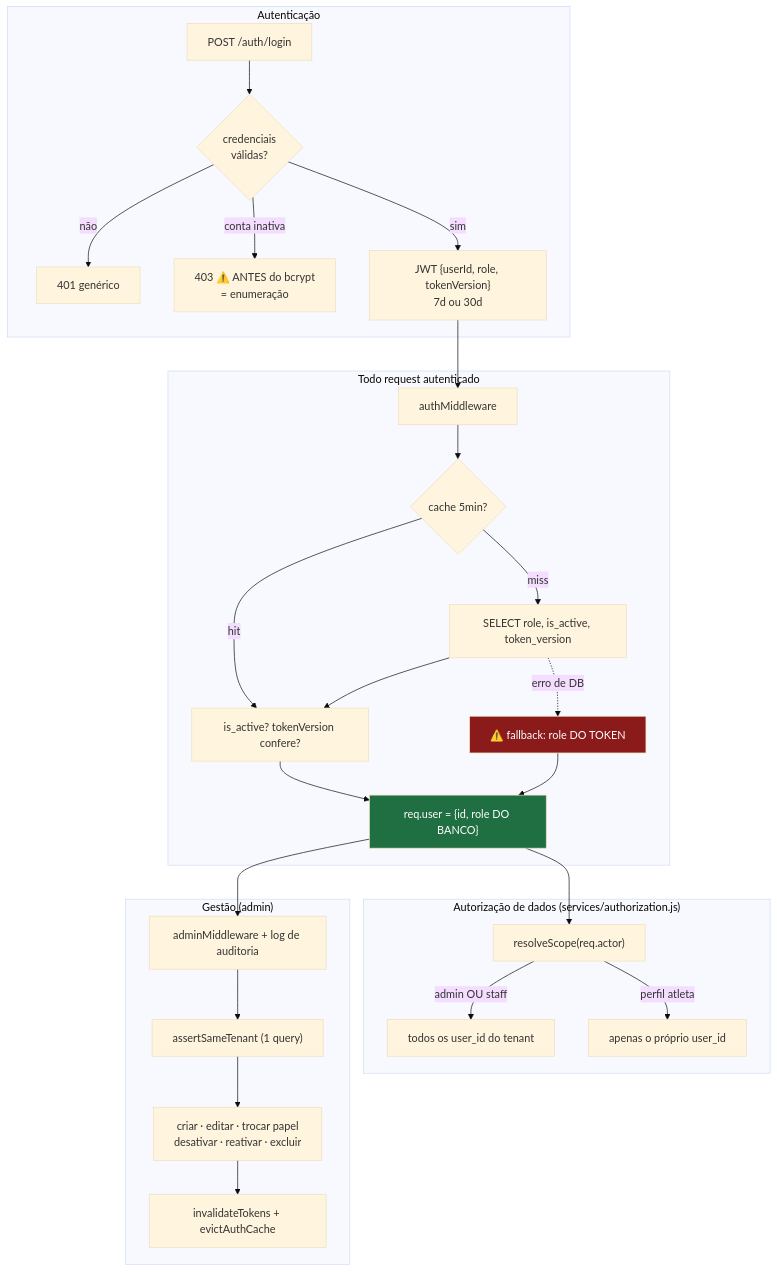
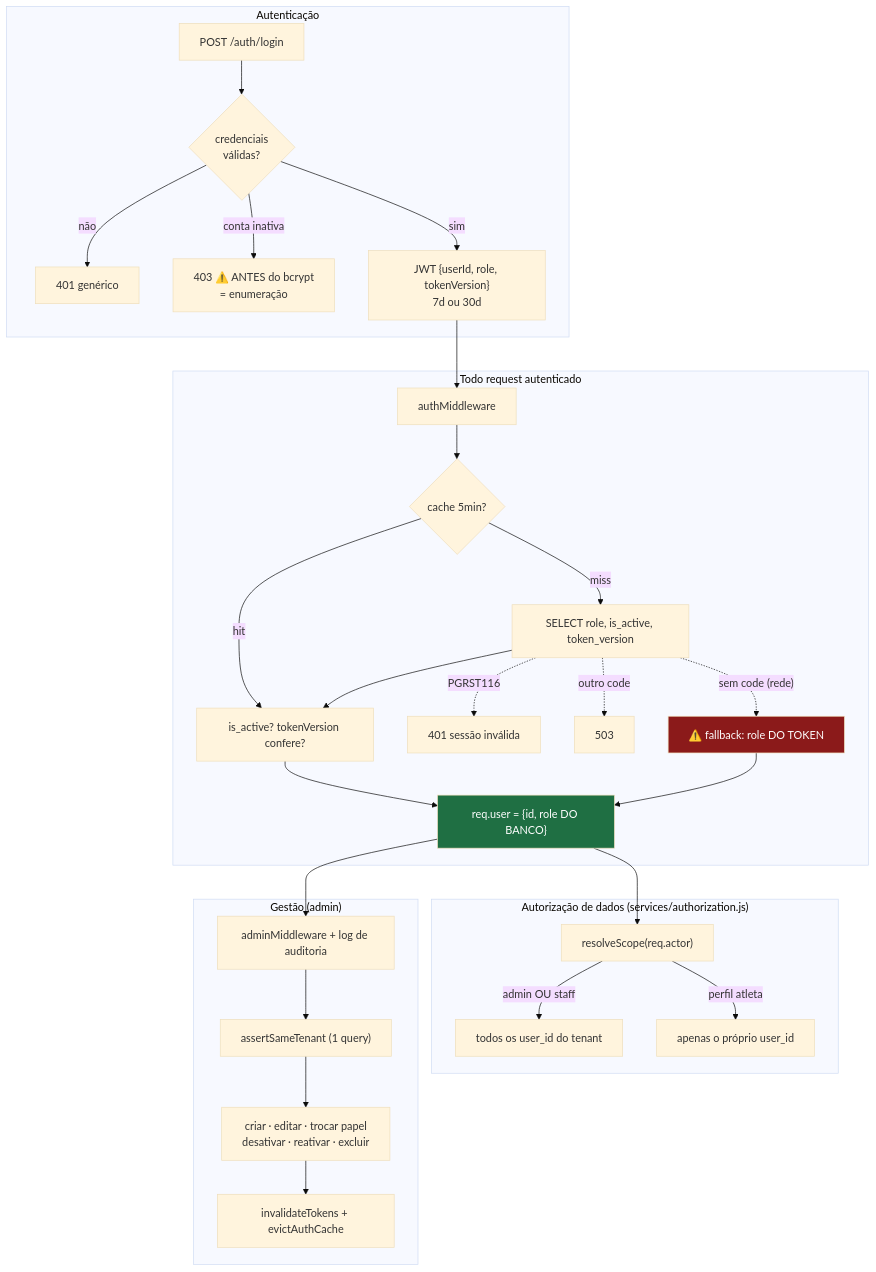
Before and after one commit to lucasxtech/JiuMetrics: the diagram in docs/modules/users-and-admin.md, drawn with Mermaid (base theme). The commit also changed other lines of this file and 30 other files, not shown here.

````diff
--- a/docs/modules/users-and-admin.md
+++ b/docs/modules/users-and-admin.md
@@ -91,36 +91,38 @@
 ```mermaid
 flowchart TD
     subgraph "Autenticação"
         L["POST /auth/login"] --> LV{"credenciais<br/>válidas?"}
         LV -->|não| L401["401 genérico"]
         LV -->|"conta inativa"| L403["403 ⚠️ ANTES do bcrypt<br/>= enumeração"]
         LV -->|sim| JWT["JWT {userId, role, tokenVersion}<br/>7d ou 30d"]
     end
 
     subgraph "Todo request autenticado"
         JWT --> AM["authMiddleware"]
         AM --> CACHE{"cache 5min?"}
         CACHE -->|miss| Q["SELECT role, is_active, token_version"]
         CACHE -->|hit| CHK
         Q --> CHK["is_active? tokenVersion confere?"]
-        Q -.->|"erro de DB"| FB["⚠️ fallback: role DO TOKEN"]
+        Q -.->|"PGRST116"| E401S["401 sessão inválida"]
+        Q -.->|"outro code"| E503["503"]
+        Q -.->|"sem code (rede)"| FB["⚠️ fallback: role DO TOKEN"]
         CHK --> RU["req.user = {id, role DO BANCO}"]
         FB --> RU
     end
 
     subgraph "Autorização de dados (services/authorization.js)"
         RU --> GS["resolveScope(req.actor)"]
         GS -->|"admin OU staff"| GRP["todos os user_id do tenant"]
         GS -->|"perfil atleta"| OWN["apenas o próprio user_id"]
     end
 
     subgraph "Gestão (admin)"
         RU --> ADM["adminMiddleware + log de auditoria"]
         ADM --> AST["assertSameTenant (1 query)"]
         AST --> OPS["criar · editar · trocar papel<br/>desativar · reativar · excluir"]
         OPS --> INV["invalidateTokens + evictAuthCache"]
     end
 
     style FB fill:#8b1a1a,color:#fff
     style RU fill:#1f6f43,color:#fff
 ```
````
